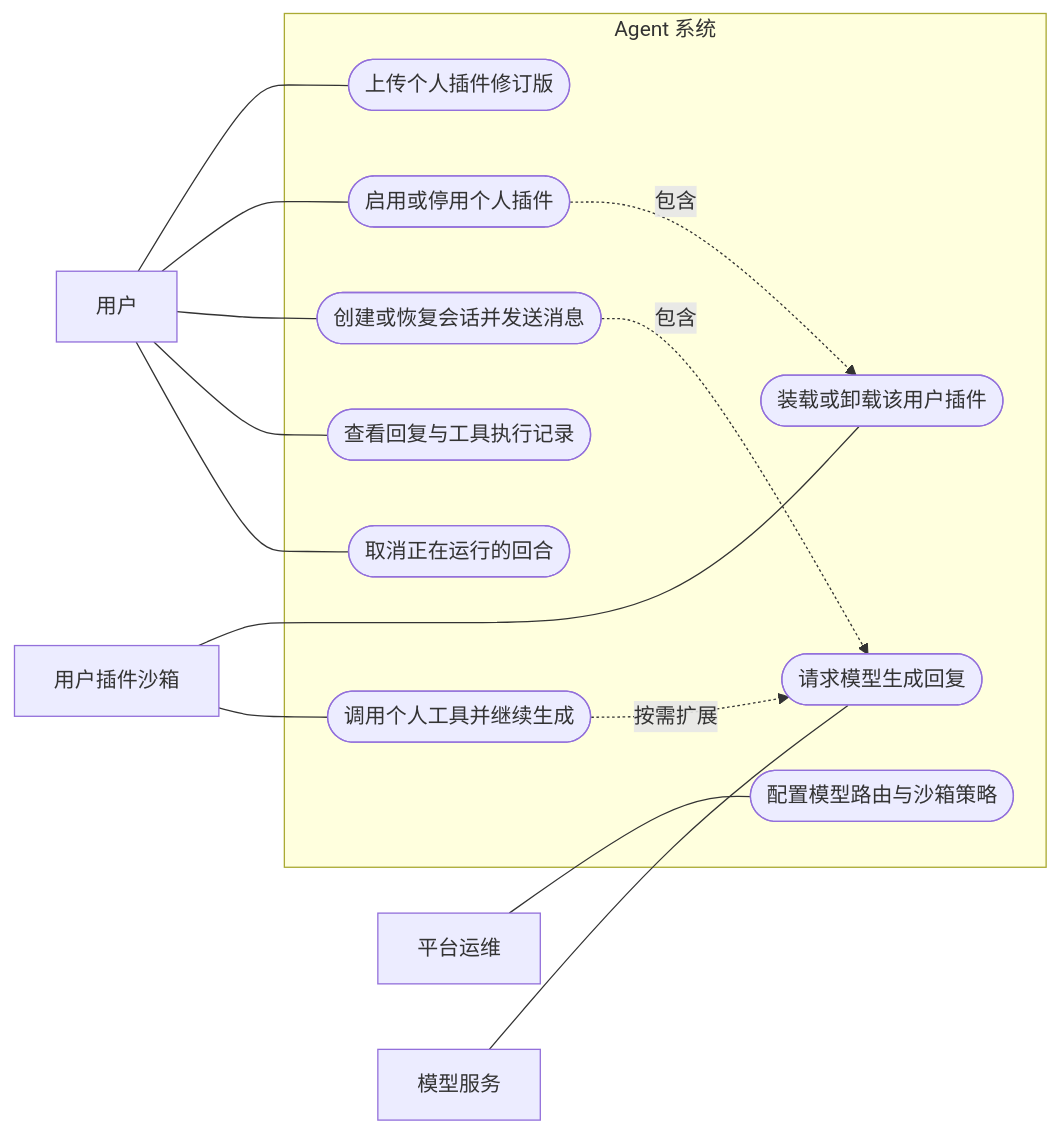
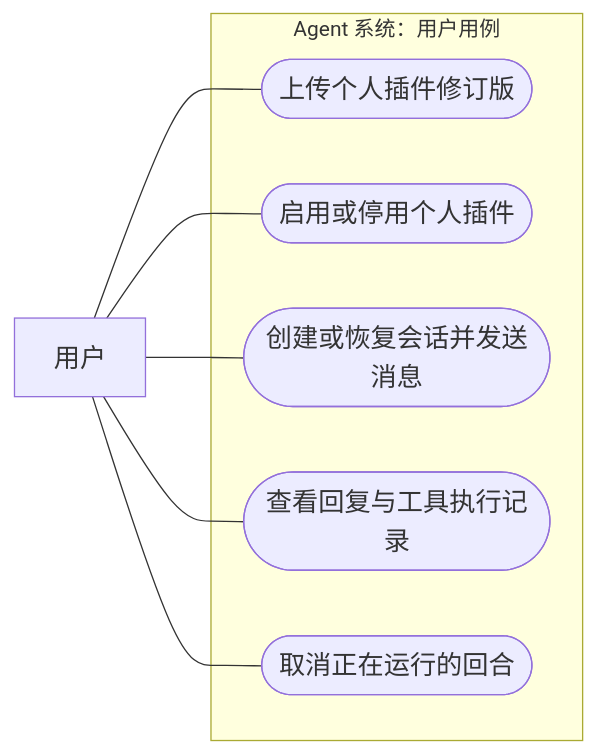
Before and after one commit to KiJune-309/ai-harness: the first of 7 diagrams in docs/superpowers/specs/2026-10-01-agent-harness-design.md, drawn with Mermaid. The commit also changed other lines of this file, not shown here.

Commit message:
docs(ai-runtime): 按参与者拆分用例图

````diff
--- a/docs/superpowers/specs/2026-10-01-agent-harness-design.md
+++ b/docs/superpowers/specs/2026-10-01-agent-harness-design.md
@@ -32,32 +34,19 @@
 ```mermaid
 graph LR
+    classDef default font-size:20px;
     user["用户"]
-    operator["平台运维"]
-    model["模型服务"]
-    sandbox["用户插件沙箱"]
 
-    subgraph system["Agent 系统"]
-        configure(["配置模型路由与沙箱策略"])
+    subgraph system["Agent 系统：用户用例"]
         upload(["上传个人插件修订版"])
         enable(["启用或停用个人插件"])
-        mount(["装载或卸载该用户插件"])
         chat(["创建或恢复会话并发送消息"])
-        invoke(["请求模型生成回复"])
-        execute(["调用个人工具并继续生成"])
         history(["查看回复与工具执行记录"])
         cancel(["取消正在运行的回合"])
     end
 
     user --- upload
     user --- enable
     user --- chat
     user --- history
     user --- cancel
-    operator --- configure
-    model --- invoke
-    sandbox --- mount
-    sandbox --- execute
-    enable -.->|包含| mount
-    chat -.->|包含| invoke
-    execute -.->|按需扩展| invoke
 ```
````
